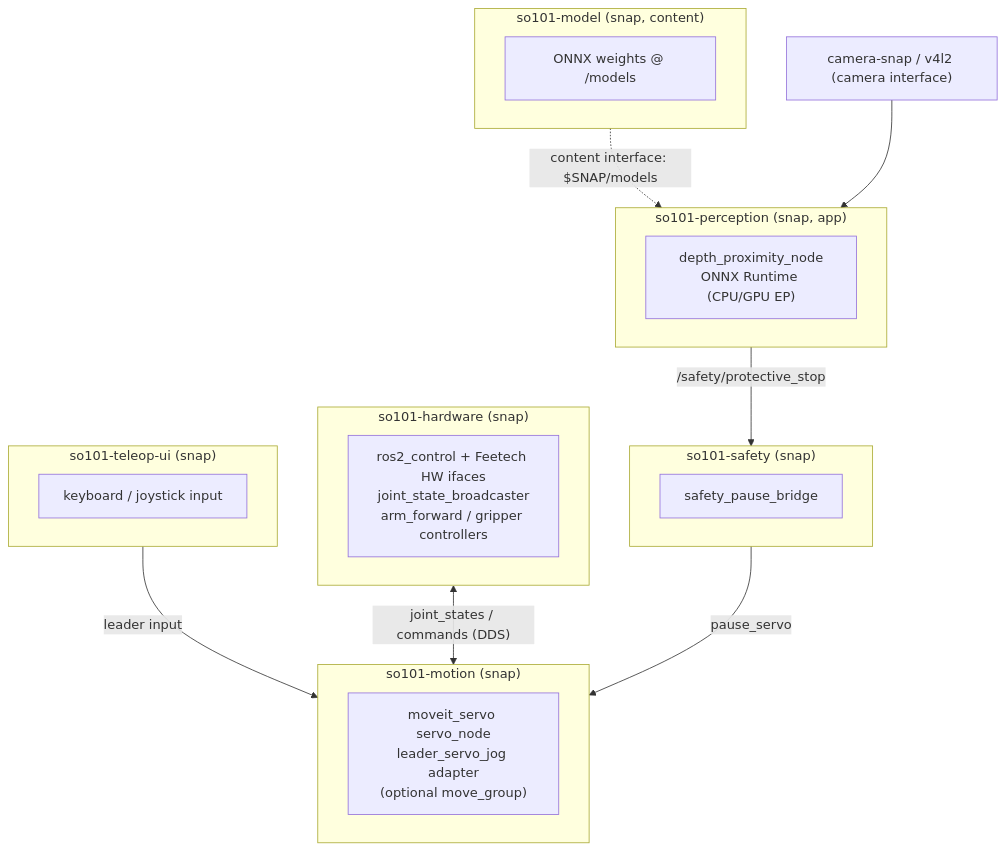
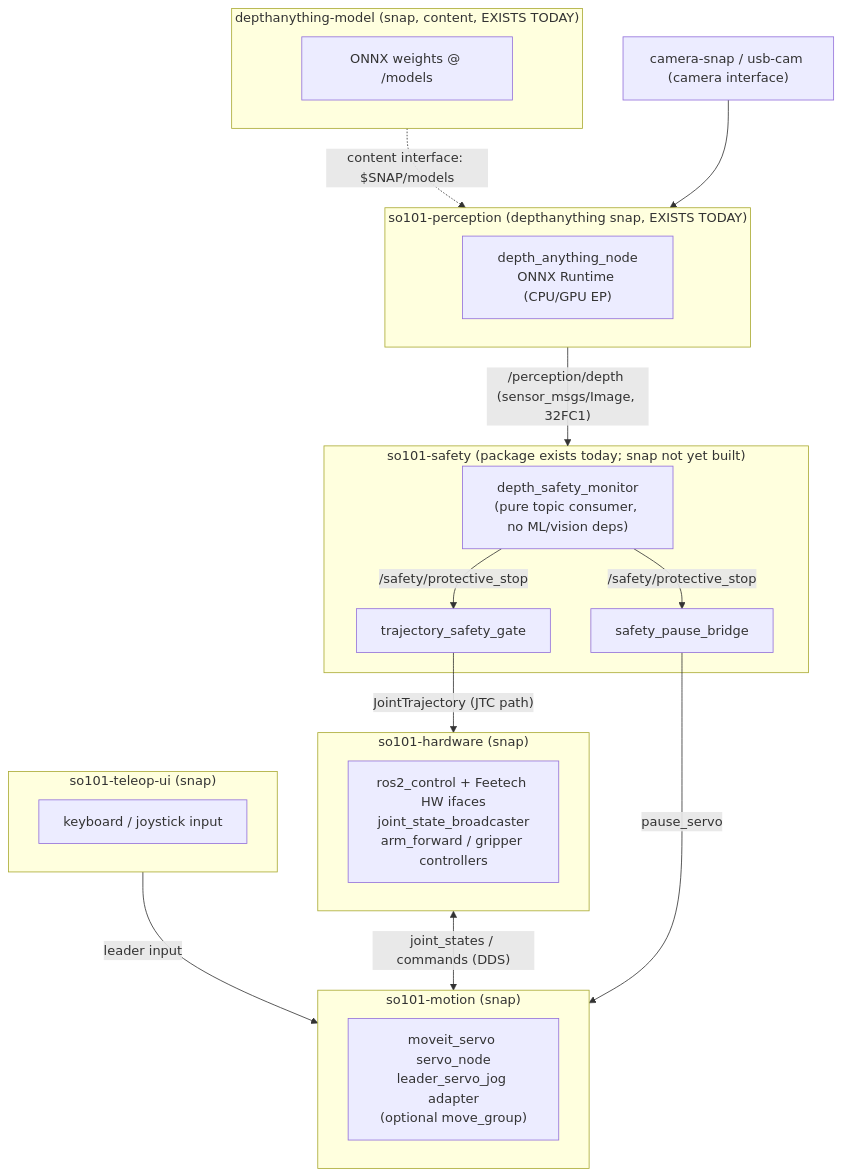
One commit to giusebar/so101-ros-physical-ai changed the fifth of 5 diagrams in docs/servo_teleop_architecture.md. Above: the diagram before and after it, drawn with Mermaid. The commit also changed other lines of this file and 24 other files, not shown here.

Commit message:
introduce so101_safety node decoupled from the depth package

````diff
--- a/docs/servo_teleop_architecture.md
+++ b/docs/servo_teleop_architecture.md
@@ -299,28 +318,33 @@
 ```mermaid
 flowchart TB
     subgraph HW["so101-hardware (snap)"]
         RC["ros2_control + Feetech HW ifaces<br/>joint_state_broadcaster<br/>arm_forward / gripper controllers"]
     end
     subgraph MOT["so101-motion (snap)"]
         SV["moveit_servo servo_node<br/>leader_servo_jog adapter<br/>(optional move_group)"]
     end
-    subgraph PER["so101-perception (snap, app)"]
-        DP["depth_proximity_node<br/>ONNX Runtime (CPU/GPU EP)"]
+    subgraph PER["so101-perception (depthanything snap, EXISTS TODAY)"]
+        DA["depth_anything_node<br/>ONNX Runtime (CPU/GPU EP)"]
     end
-    subgraph MODEL["so101-model (snap, content)"]
+    subgraph MODEL["depthanything-model (snap, content, EXISTS TODAY)"]
         W["ONNX weights @ /models"]
     end
-    subgraph SAFE["so101-safety (snap)"]
+    subgraph SAFE["so101-safety (package exists today; snap not yet built)"]
+        MON["depth_safety_monitor<br/>(pure topic consumer, no ML/vision deps)"]
+        GATE["trajectory_safety_gate"]
         SB["safety_pause_bridge"]
     end
     subgraph UI["so101-teleop-ui (snap)"]
         KBD["keyboard / joystick input"]
     end
 
     MODEL -. content interface: $SNAP/models .-> PER
     UI -->|leader input| MOT
     HW <-->|"joint_states / commands (DDS)"| MOT
-    PER -->|"/safety/protective_stop"| SAFE
-    SAFE -->|"pause_servo"| MOT
-    CAM["camera-snap / v4l2 (camera interface)"] --> PER
+    PER -->|"/perception/depth (sensor_msgs/Image, 32FC1)"| SAFE
+    MON -->|"/safety/protective_stop"| GATE
+    MON -->|"/safety/protective_stop"| SB
+    SB -->|"pause_servo"| MOT
+    GATE -->|"JointTrajectory (JTC path)"| HW
+    CAM["camera-snap / usb-cam (camera interface)"] --> PER
 ```
````
